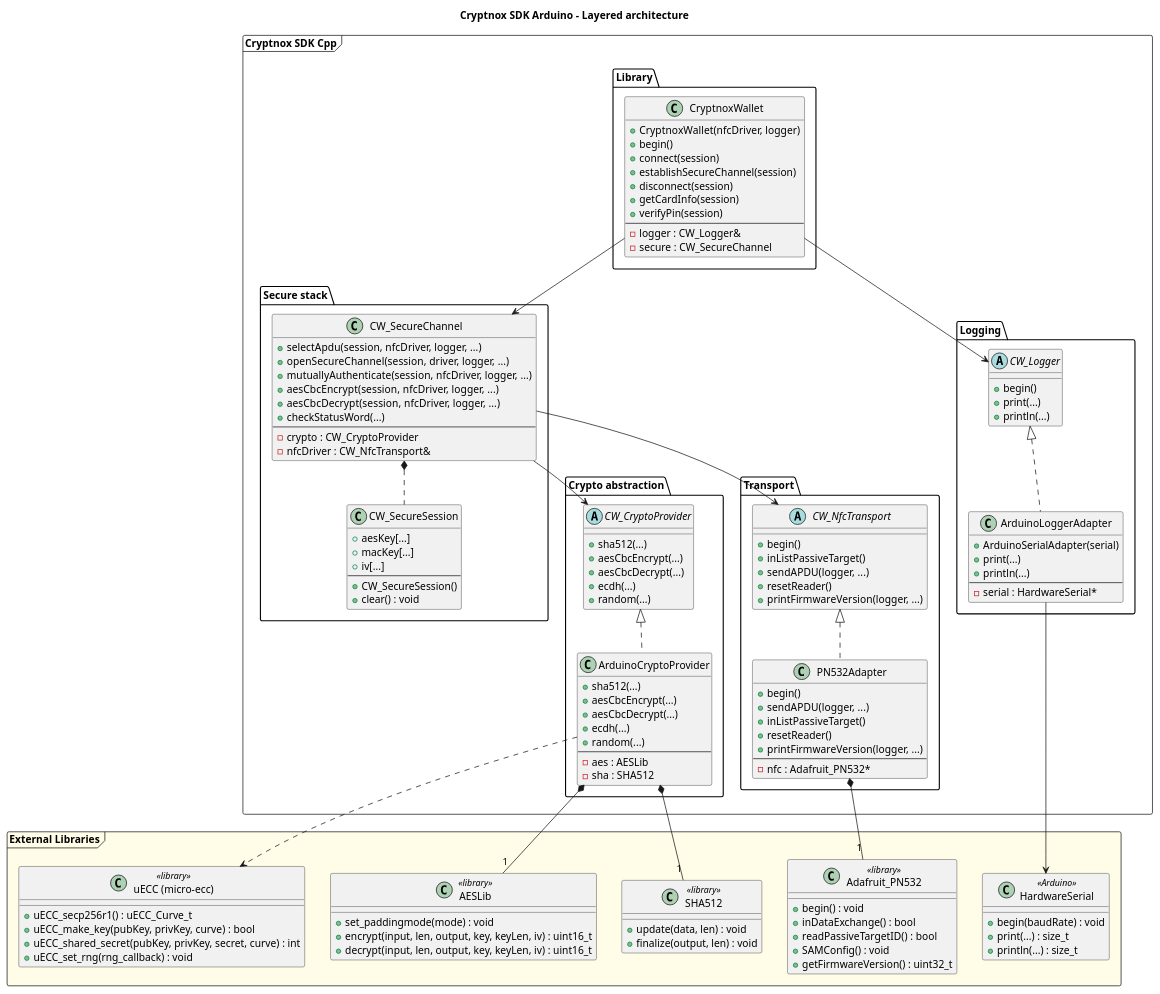
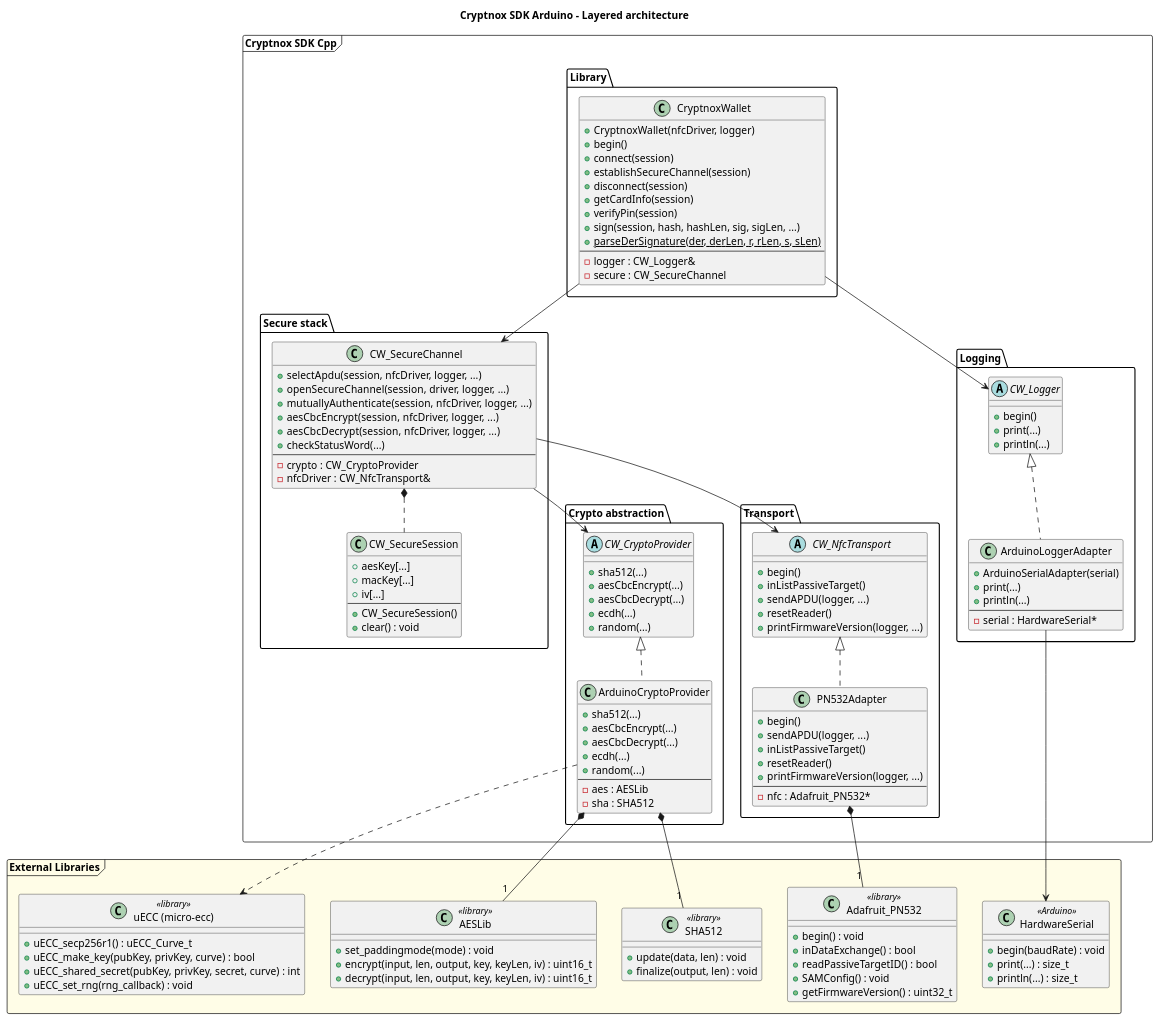
One commit to embarquech/sdk-arduino changed the diagram in docs/architecture/overview.puml. Above: the diagram before and after it, drawn with PlantUML. The commit also changed 3 other files, not shown here.

```diff
--- a/docs/architecture/overview.puml
+++ b/docs/architecture/overview.puml
@@ -1,158 +1,160 @@
 @startuml
 title Cryptnox SDK Arduino - Layered architecture
 
 package "Cryptnox SDK Cpp" <<Frame>> {
 package "Library" {
     class CryptnoxWallet {
         + CryptnoxWallet(nfcDriver, logger)
         + begin()
         + connect(session)
         + establishSecureChannel(session)
         + disconnect(session)
         + getCardInfo(session)
         + verifyPin(session)
+        + sign(session, hash, hashLen, sig, sigLen, ...)
+        + {static} parseDerSignature(der, derLen, r, rLen, s, sLen)
         --
         - logger : CW_Logger&
         - secure : CW_SecureChannel
     }
 }
 
 package "Secure stack" {
     class CW_SecureChannel {
         + selectApdu(session, nfcDriver, logger, ...)
         + openSecureChannel(session, driver, logger, ...)
         + mutuallyAuthenticate(session, nfcDriver, logger, ...)
         + aesCbcEncrypt(session, nfcDriver, logger, ...)
         + aesCbcDecrypt(session, nfcDriver, logger, ...)
         + checkStatusWord(...)
         --
         - crypto : CW_CryptoProvider
         - nfcDriver : CW_NfcTransport&
     }
 
     class CW_SecureSession {
         + aesKey[...]
         + macKey[...]
         + iv[...]
         --
         + CW_SecureSession()
         + clear() : void
     }
 }
 
 package "Crypto abstraction" {
     abstract class CW_CryptoProvider {
         + sha512(...)
         + aesCbcEncrypt(...)
         + aesCbcDecrypt(...)
         + ecdh(...)
         + random(...)
     }
 
     class ArduinoCryptoProvider {
         + sha512(...)
         + aesCbcEncrypt(...)
         + aesCbcDecrypt(...)
         + ecdh(...)
         + random(...)
         --
         - aes : AESLib
         - sha : SHA512
     }
 }
 
 package "Transport" {
     abstract class CW_NfcTransport {
         + begin()
         + inListPassiveTarget()
         + sendAPDU(logger, ...)
         + resetReader()
         + printFirmwareVersion(logger, ...)
     }
 
     class PN532Adapter {
         + begin()
         + sendAPDU(logger, ...)
         + inListPassiveTarget()
         + resetReader()
         + printFirmwareVersion(logger, ...)
         --
         - nfc : Adafruit_PN532*
     }
 }
 
 package "Logging" {
     abstract class CW_Logger {
         + begin()
         + print(...)
         + println(...)
     }
 
     class ArduinoLoggerAdapter {
         + ArduinoSerialAdapter(serial)
         + print(...)
         + println(...)
         --
         - serial : HardwareSerial*
     }
 }
 }
 
 package "External Libraries" <<Frame>> #FFFDE7 {
     
     class Adafruit_PN532 <<library>> {
         + begin() : void
         + inDataExchange() : bool
         + readPassiveTargetID() : bool
         + SAMConfig() : void
         + getFirmwareVersion() : uint32_t
     }
     
     class AESLib <<library>> {
         + set_paddingmode(mode) : void
         + encrypt(input, len, output, key, keyLen, iv) : uint16_t
         + decrypt(input, len, output, key, keyLen, iv) : uint16_t
     }
     
     class "uECC (micro-ecc)" as uECC <<library>> {
         + uECC_secp256r1() : uECC_Curve_t
         + uECC_make_key(pubKey, privKey, curve) : bool
         + uECC_shared_secret(pubKey, privKey, secret, curve) : int
         + uECC_set_rng(rng_callback) : void
     }
 
     class SHA512 <<library>> {
         + update(data, len) : void
         + finalize(output, len) : void
     }
 
     class HardwareSerial <<Arduino>> {
         + begin(baudRate) : void
         + print(...) : size_t
         + println(...) : size_t
     }
 }
 
 ' ==============================
 ' Relations principales
 ' ==============================
 
 CryptnoxWallet --> CW_SecureChannel
 CryptnoxWallet --> CW_Logger
 CW_SecureChannel *.. CW_SecureSession
 CW_SecureChannel --> CW_CryptoProvider
 CW_SecureChannel --> CW_NfcTransport
 
 CW_CryptoProvider <|.. ArduinoCryptoProvider
 CW_NfcTransport <|.. PN532Adapter
 CW_Logger <|.. ArduinoLoggerAdapter
 
 
 ArduinoLoggerAdapter --> HardwareSerial
 
 ArduinoCryptoProvider *-- "1" AESLib
 ArduinoCryptoProvider ..> uECC
 ArduinoCryptoProvider *-- "1" SHA512
 PN532Adapter *-- "1" Adafruit_PN532
 
 @enduml
```
